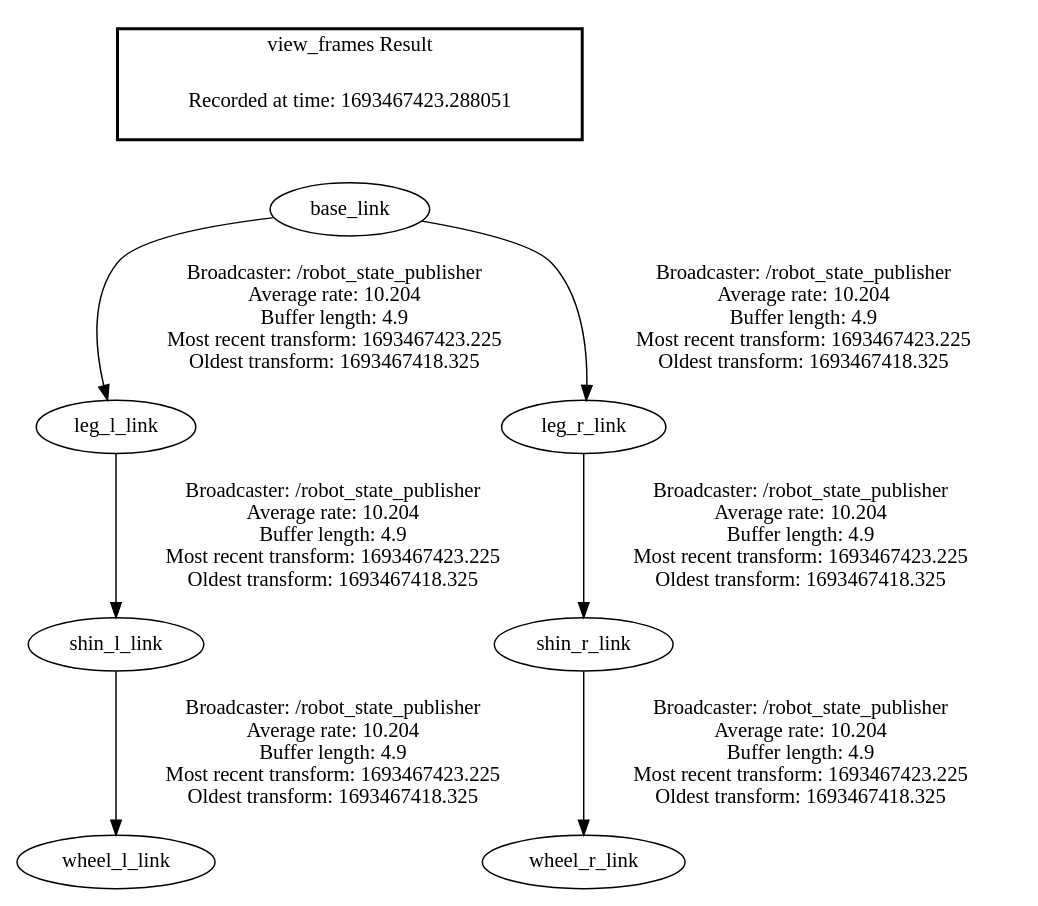
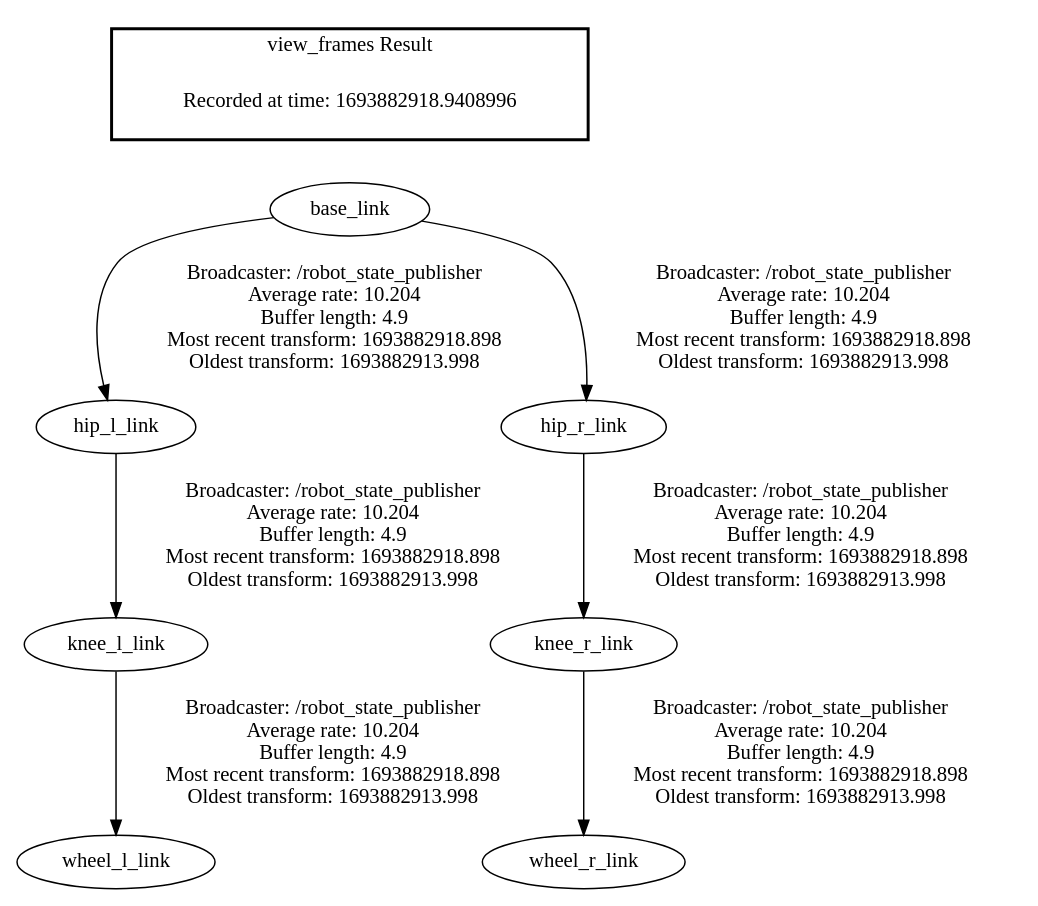
Before and after one commit to jaykorea/Isaac-RL-Two-wheel-Legged-Bot: the diagram in assets/urdf/postech/frames.gv, drawn with Graphviz. The commit also changed 16 other files, not shown here.

```diff
--- a/assets/urdf/postech/frames.gv
+++ b/assets/urdf/postech/frames.gv
@@ -1,12 +1,12 @@
 digraph G {
-"base_link" -> "leg_l_link"[label=" Broadcaster: /robot_state_publisher\nAverage rate: 10.204\nBuffer length: 4.9\nMost recent transform: 1693467423.225\nOldest transform: 1693467418.325\n"];
-"base_link" -> "leg_r_link"[label=" Broadcaster: /robot_state_publisher\nAverage rate: 10.204\nBuffer length: 4.9\nMost recent transform: 1693467423.225\nOldest transform: 1693467418.325\n"];
-"leg_l_link" -> "shin_l_link"[label=" Broadcaster: /robot_state_publisher\nAverage rate: 10.204\nBuffer length: 4.9\nMost recent transform: 1693467423.225\nOldest transform: 1693467418.325\n"];
-"leg_r_link" -> "shin_r_link"[label=" Broadcaster: /robot_state_publisher\nAverage rate: 10.204\nBuffer length: 4.9\nMost recent transform: 1693467423.225\nOldest transform: 1693467418.325\n"];
-"shin_l_link" -> "wheel_l_link"[label=" Broadcaster: /robot_state_publisher\nAverage rate: 10.204\nBuffer length: 4.9\nMost recent transform: 1693467423.225\nOldest transform: 1693467418.325\n"];
-"shin_r_link" -> "wheel_r_link"[label=" Broadcaster: /robot_state_publisher\nAverage rate: 10.204\nBuffer length: 4.9\nMost recent transform: 1693467423.225\nOldest transform: 1693467418.325\n"];
+"base_link" -> "hip_l_link"[label=" Broadcaster: /robot_state_publisher\nAverage rate: 10.204\nBuffer length: 4.9\nMost recent transform: 1693882918.898\nOldest transform: 1693882913.998\n"];
+"base_link" -> "hip_r_link"[label=" Broadcaster: /robot_state_publisher\nAverage rate: 10.204\nBuffer length: 4.9\nMost recent transform: 1693882918.898\nOldest transform: 1693882913.998\n"];
+"hip_l_link" -> "knee_l_link"[label=" Broadcaster: /robot_state_publisher\nAverage rate: 10.204\nBuffer length: 4.9\nMost recent transform: 1693882918.898\nOldest transform: 1693882913.998\n"];
+"hip_r_link" -> "knee_r_link"[label=" Broadcaster: /robot_state_publisher\nAverage rate: 10.204\nBuffer length: 4.9\nMost recent transform: 1693882918.898\nOldest transform: 1693882913.998\n"];
+"knee_l_link" -> "wheel_l_link"[label=" Broadcaster: /robot_state_publisher\nAverage rate: 10.204\nBuffer length: 4.9\nMost recent transform: 1693882918.898\nOldest transform: 1693882913.998\n"];
+"knee_r_link" -> "wheel_r_link"[label=" Broadcaster: /robot_state_publisher\nAverage rate: 10.204\nBuffer length: 4.9\nMost recent transform: 1693882918.898\nOldest transform: 1693882913.998\n"];
 edge [style=invis];
  subgraph cluster_legend { style=bold; color=black; label ="view_frames Result";
-"Recorded at time: 1693467423.288051"[ shape=plaintext ] ;
+"Recorded at time: 1693882918.9408996"[ shape=plaintext ] ;
 }->"base_link";
 }
```
